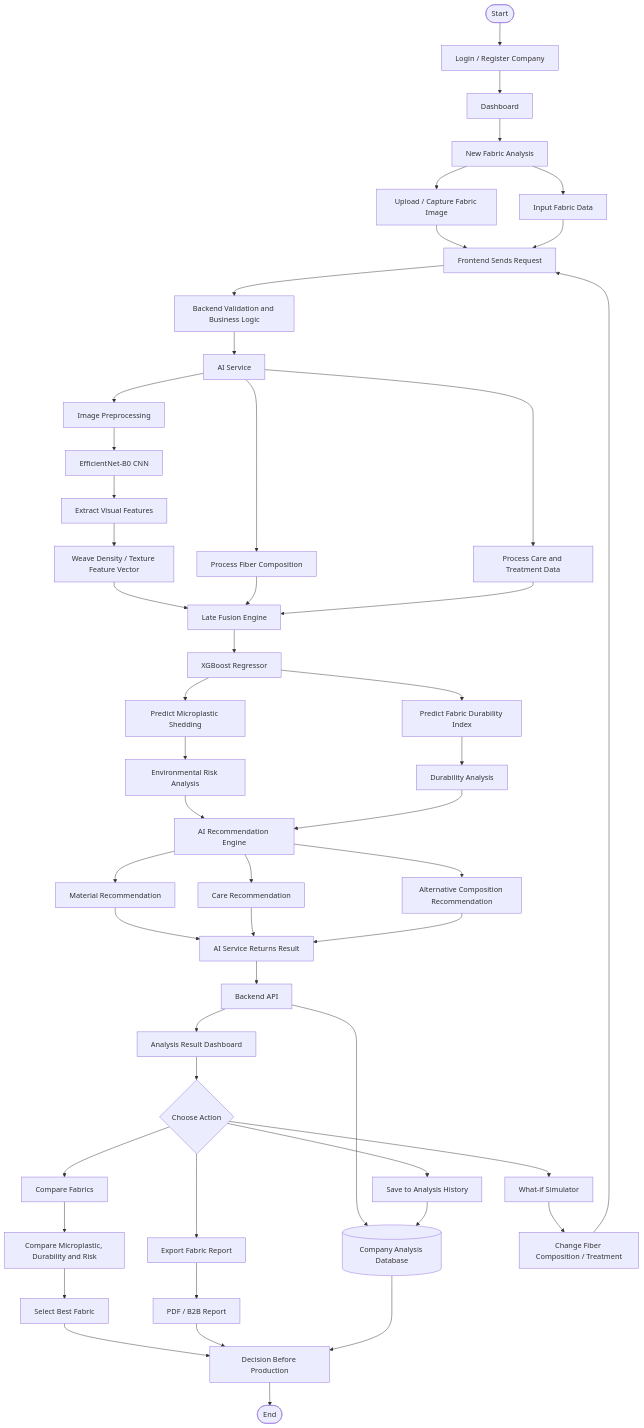
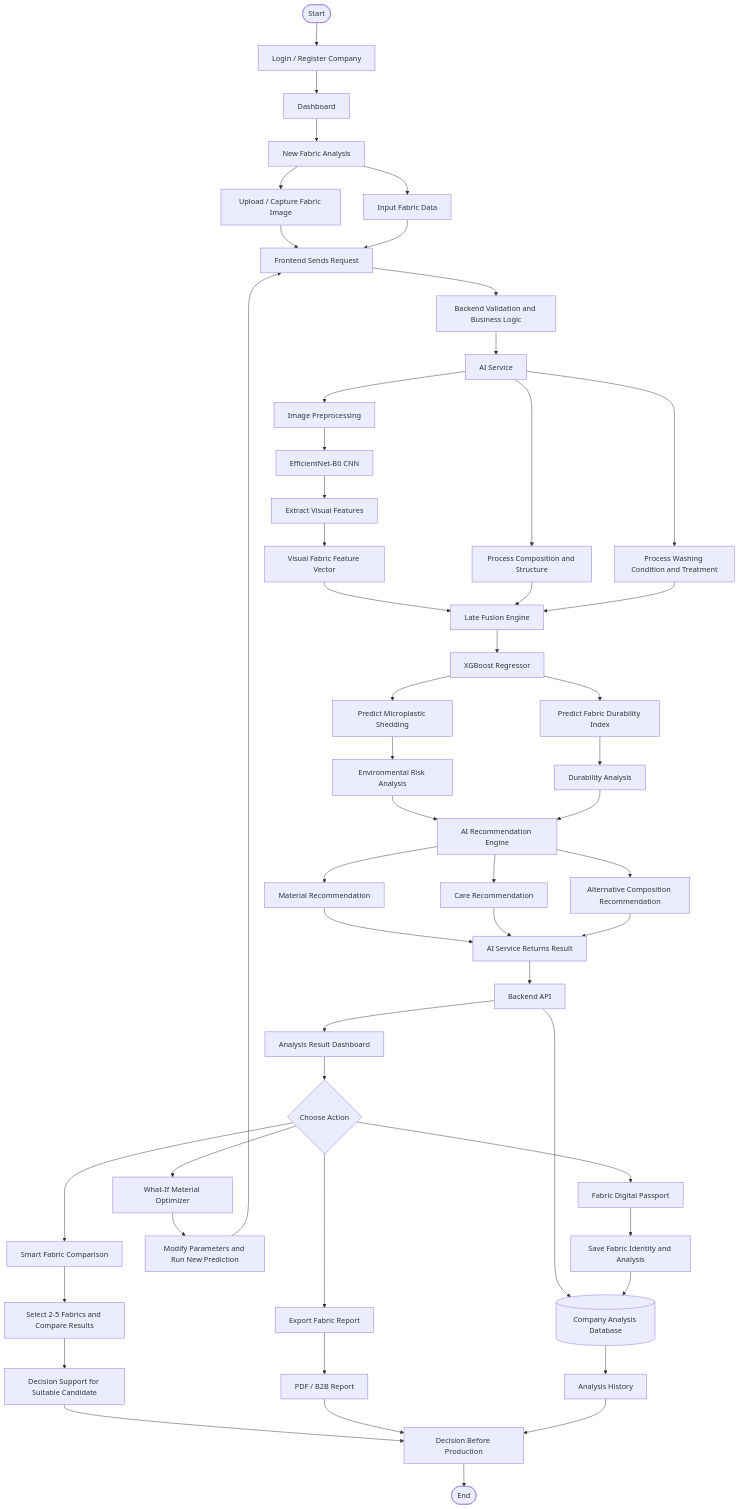
The third of 5 diagrams in README.MD (raykenzienazaru-dot/PNJ), drawn with Mermaid before and after one commit. The commit also changed other lines of this file, not shown here.

````diff
--- a/README.MD
+++ b/README.MD
@@ -204,56 +227,58 @@
 ```mermaid
 flowchart TD
     A([Start]) --> B[Login / Register Company]
     B --> C[Dashboard]
     C --> D[New Fabric Analysis]
     D --> E[Upload / Capture Fabric Image]
     D --> F[Input Fabric Data]
     E --> G[Frontend Sends Request]
     F --> G
     G --> H[Backend Validation and Business Logic]
     H --> I[AI Service]
 
     I --> J[Image Preprocessing]
     J --> K[EfficientNet-B0 CNN]
     K --> L[Extract Visual Features]
-    L --> M[Weave Density / Texture Feature Vector]
-    I --> N[Process Fiber Composition]
-    I --> O[Process Care and Treatment Data]
+    L --> M[Visual Fabric Feature Vector]
+    I --> N[Process Composition and Structure]
+    I --> O[Process Washing Condition and Treatment]
 
     M --> P[Late Fusion Engine]
     N --> P
     O --> P
     P --> Q[XGBoost Regressor]
     Q --> R[Predict Microplastic Shedding]
     Q --> S[Predict Fabric Durability Index]
     R --> T[Environmental Risk Analysis]
     S --> U[Durability Analysis]
     T --> V[AI Recommendation Engine]
     U --> V
 
     V --> W[Material Recommendation]
     V --> X[Care Recommendation]
     V --> Y[Alternative Composition Recommendation]
     W --> Z[AI Service Returns Result]
     X --> Z
     Y --> Z
     Z --> AA[Backend API]
     AA --> AB[Analysis Result Dashboard]
     AA --> AC[(Company Analysis Database)]
 
     AB --> AD{Choose Action}
-    AD --> AE[Compare Fabrics]
-    AD --> AF[What-if Simulator]
+    AD --> AE[Smart Fabric Comparison]
+    AD --> AF[What-If Material Optimizer]
     AD --> AG[Export Fabric Report]
-    AD --> AH[Save to Analysis History]
-    AE --> AI2[Compare Microplastic, Durability and Risk]
-    AI2 --> AJ[Select Best Fabric]
-    AF --> AK[Change Fiber Composition / Treatment]
+    AD --> AH[Fabric Digital Passport]
+    AE --> AI2[Select 2-5 Fabrics and Compare Results]
+    AI2 --> AJ[Decision Support for Suitable Candidate]
+    AF --> AK[Modify Parameters and Run New Prediction]
     AK --> G
     AG --> AL[PDF / B2B Report]
-    AH --> AC
+    AH --> AH2[Save Fabric Identity and Analysis]
+    AH2 --> AC
     AJ --> AM[Decision Before Production]
     AL --> AM
-    AC --> AM
+    AC --> HIST[Analysis History]
+    HIST --> AM
     AM --> AN([End])
 ```
````
